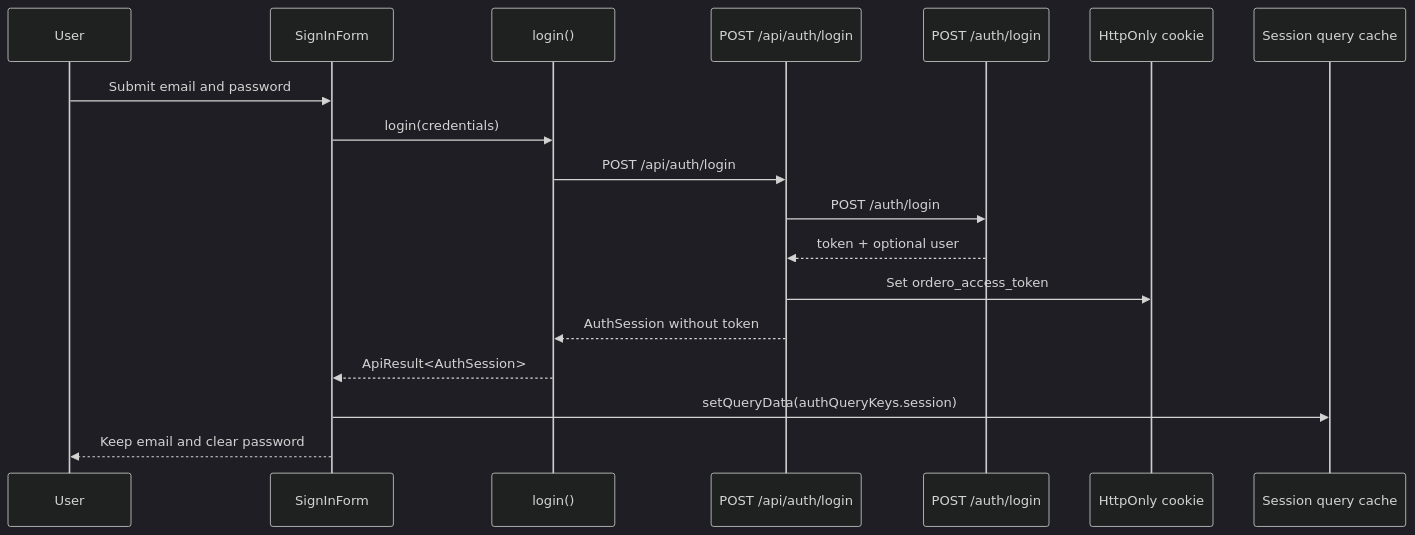
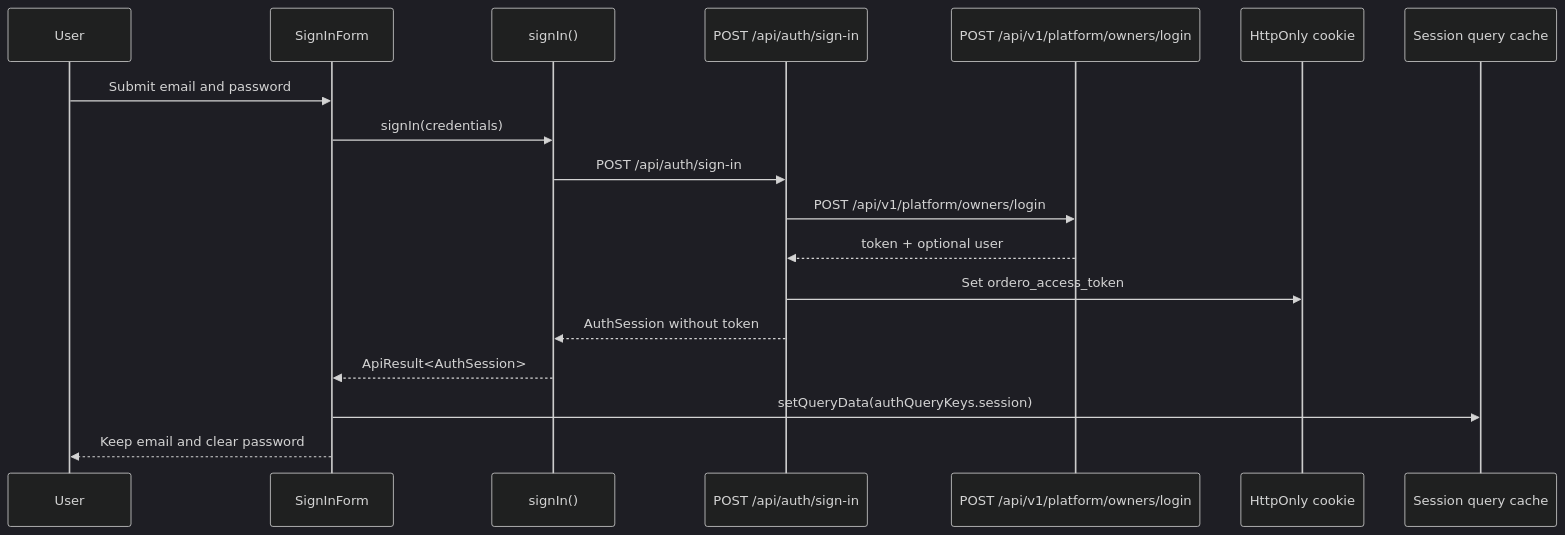
The second of 7 diagrams in docs/http-auth.md (ordero-biz/monorepo), drawn with Mermaid (dark theme) before and after one commit. The commit also changed other lines of this file and 1 other file, not shown here.

````diff
--- a/docs/http-auth.md
+++ b/docs/http-auth.md
@@ -94,21 +94,21 @@
 ```mermaid
 sequenceDiagram
   participant User
   participant Form as SignInForm
-  participant Client as login()
-  participant Route as POST /api/auth/login
-  participant Backend as POST /auth/login
+  participant Client as signIn()
+  participant Route as POST /api/auth/sign-in
+  participant Backend as POST /api/v1/platform/owners/login
   participant Cookie as HttpOnly cookie
   participant Query as Session query cache
 
   User->>Form: Submit email and password
-  Form->>Client: login(credentials)
-  Client->>Route: POST /api/auth/login
-  Route->>Backend: POST /auth/login
+  Form->>Client: signIn(credentials)
+  Client->>Route: POST /api/auth/sign-in
+  Route->>Backend: POST /api/v1/platform/owners/login
   Backend-->>Route: token + optional user
   Route->>Cookie: Set ordero_access_token
   Route-->>Client: AuthSession without token
   Client-->>Form: ApiResult<AuthSession>
   Form->>Query: setQueryData(authQueryKeys.session)
   Form-->>User: Keep email and clear password
 ```
````
